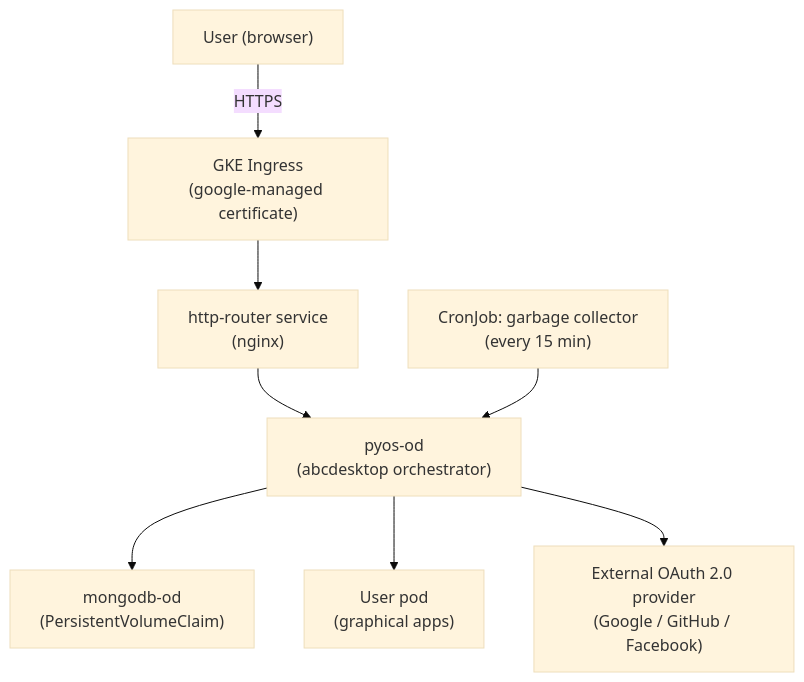
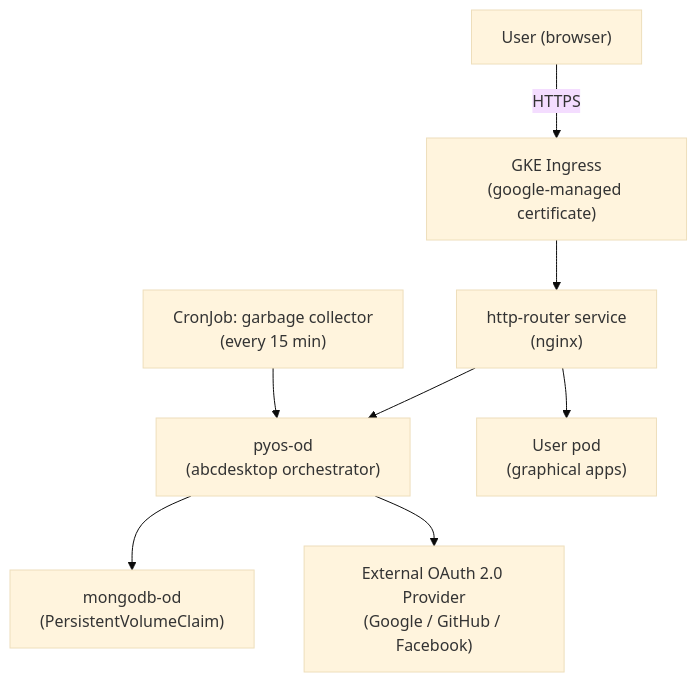
The diagram in opsdocs/docs/usecases/4.4/deploy-demo-gcp-abcdesktop-com/overview.md (abcdesktopio/docs), drawn with Mermaid (base theme) before and after one commit.

Commit message:
Update diagram for user pod and OAuth provider

````diff
--- a/opsdocs/docs/usecases/4.4/deploy-demo-gcp-abcdesktop-com/overview.md
+++ b/opsdocs/docs/usecases/4.4/deploy-demo-gcp-abcdesktop-com/overview.md
@@ -17,10 +17,10 @@
 ```mermaid
 graph TD
     User["User (browser)"] -->|HTTPS| GKE_Ingress["GKE Ingress\n(google-managed certificate)"]
     GKE_Ingress --> Router["http-router service\n(nginx)"]
     Router --> PyOS["pyos-od\n(abcdesktop orchestrator)"]
+    Router --> UserPod["User pod\n(graphical apps)"]
     PyOS --> MongoDB["mongodb-od\n(PersistentVolumeClaim)"]
-    PyOS --> UserPod["User pod\n(graphical apps)"]
     CronJob["CronJob: garbage collector\n(every 15 min)"] --> PyOS
-    PyOS --> OAuth["External OAuth 2.0 provider\n(Google / GitHub / Facebook)"]
+    PyOS --> OAuth["External OAuth 2.0 Provider\n(Google / GitHub / Facebook)"]
 ```
````
